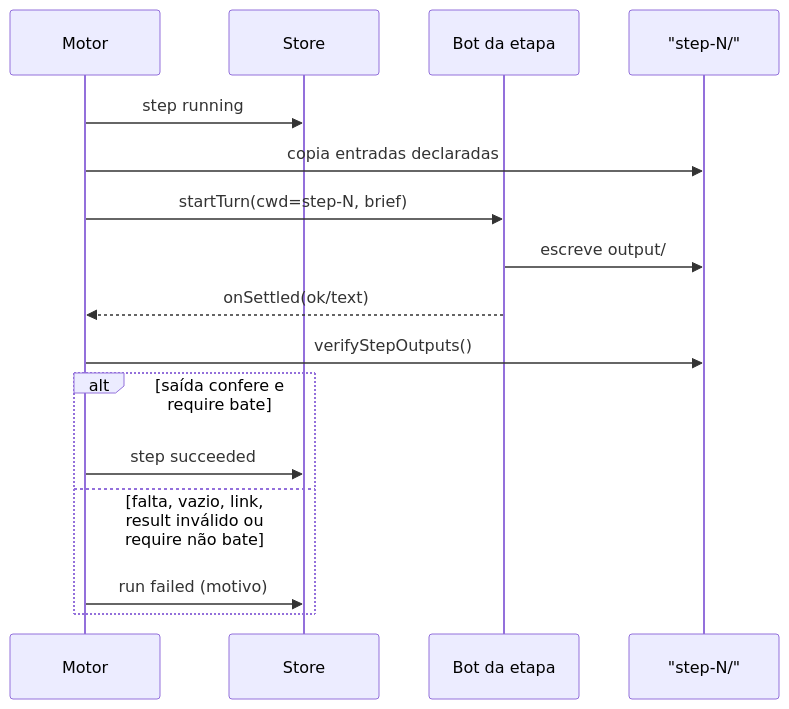
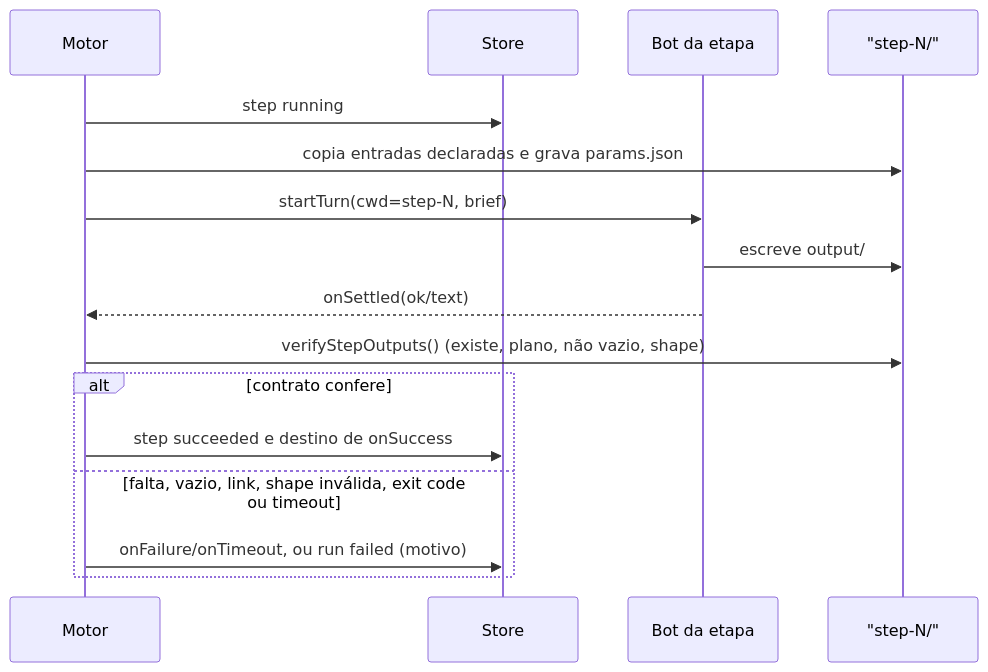
Before and after one commit to Oliveir4Matheus/mimirbot: the fourth of 5 diagrams in docs/superpowers/specs/2026-11-03-workflow-engine-design.md, drawn with Mermaid. The commit also changed other lines of this file and 37 other files, not shown here.

````diff
--- a/docs/superpowers/specs/2026-11-03-workflow-engine-design.md
+++ b/docs/superpowers/specs/2026-11-03-workflow-engine-design.md
@@ -172,18 +198,18 @@
 ```mermaid
 sequenceDiagram
   participant E as Motor
   participant S as Store
   participant B as Bot da etapa
   participant F as "step-N/"
   E->>S: step running
-  E->>F: copia entradas declaradas
+  E->>F: copia entradas declaradas e grava params.json
   E->>B: startTurn(cwd=step-N, brief)
   B->>F: escreve output/
   B-->>E: onSettled(ok/text)
-  E->>F: verifyStepOutputs()
-  alt saída confere e require bate
-    E->>S: step succeeded
-  else falta, vazio, link, result inválido ou require não bate
-    E->>S: run failed (motivo)
+  E->>F: verifyStepOutputs() (existe, plano, não vazio, shape)
+  alt contrato confere
+    E->>S: step succeeded e destino de onSuccess
+  else falta, vazio, link, shape inválida, exit code ou timeout
+    E->>S: onFailure/onTimeout, ou run failed (motivo)
   end
 ```
````
